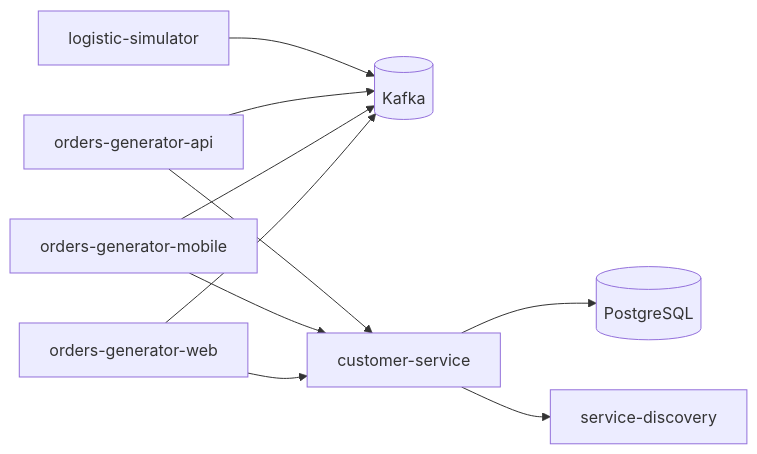
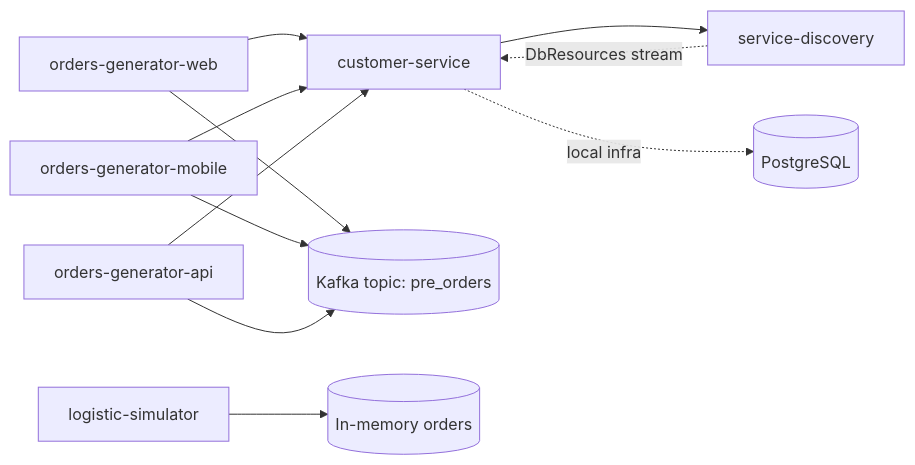
The first of 3 diagrams in README.md (steel-snake-sx/logistics-platform), drawn with Mermaid before and after one commit. The commit also changed other lines of this file, not shown here.

````diff
--- a/README.md
+++ b/README.md
@@ -31,14 +61,16 @@
 ```mermaid
 flowchart LR
-    Web[orders-generator-web] --> Kafka[(Kafka)]
-    Mobile[orders-generator-mobile] --> Kafka
-    Api[orders-generator-api] --> Kafka
+    Web[orders-generator-web] --> Customer[customer-service]
+    Mobile[orders-generator-mobile] --> Customer
+    Api[orders-generator-api] --> Customer
 
-    Web --> Customer[customer-service]
-    Mobile --> Customer
-    Api --> Customer
+    Web --> Kafka[(Kafka topic: pre_orders)]
+    Mobile --> Kafka
+    Api --> Kafka
 
-    Customer --> Postgres[(PostgreSQL)]
-    Customer --> SD[service-discovery]
-    Simulator[logistic-simulator] --> Kafka
+    Customer --> Sd[service-discovery]
+    Sd -. DbResources stream .-> Customer
+
+    Customer -. local infra .-> Postgres[(PostgreSQL)]
+    Simulator[logistic-simulator] --> SimulatorStore[(In-memory orders)]
 ```
````
